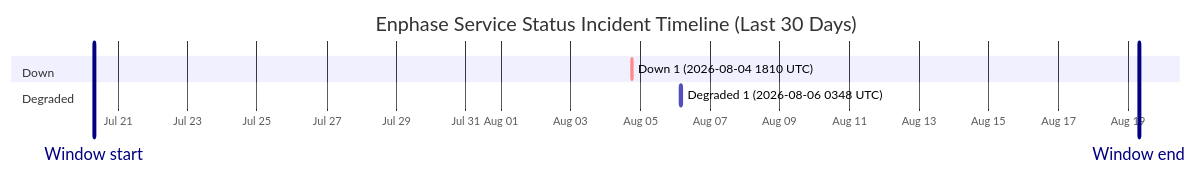
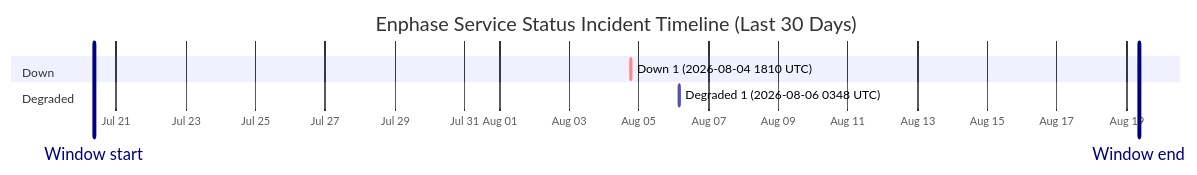
One commit to barneyonline/ha-enphase-energy changed the diagram in wiki/Service-Status-History.md. Above: the diagram before and after it, drawn with Mermaid. The commit also changed other lines of this file and 3 other files, not shown here.

````diff
--- a/wiki/Service-Status-History.md
+++ b/wiki/Service-Status-History.md
@@ -14,12 +14,12 @@
 ```mermaid
 gantt
     title Enphase Service Status Incident Timeline (Last 30 Days)
     dateFormat  YYYY-MM-DDTHH:mm:ss
     axisFormat  %b %d
-    Window start :vert, window-start, 2026-07-20T07:36:05, 0ms
-    Window end :vert, window-end, 2026-08-19T07:36:05, 0ms
+    Window start :vert, window-start, 2026-07-20T08:34:45, 0ms
+    Window end :vert, window-end, 2026-08-19T08:34:45, 0ms
     section Down
     Down 1 (2026-08-04 1810 UTC) :crit, down-1, 2026-08-04T18:10:46, 60m
     section Degraded
     Degraded 1 (2026-08-06 0348 UTC) :active, degraded-1, 2026-08-06T03:48:14, 60m
 ```
````
